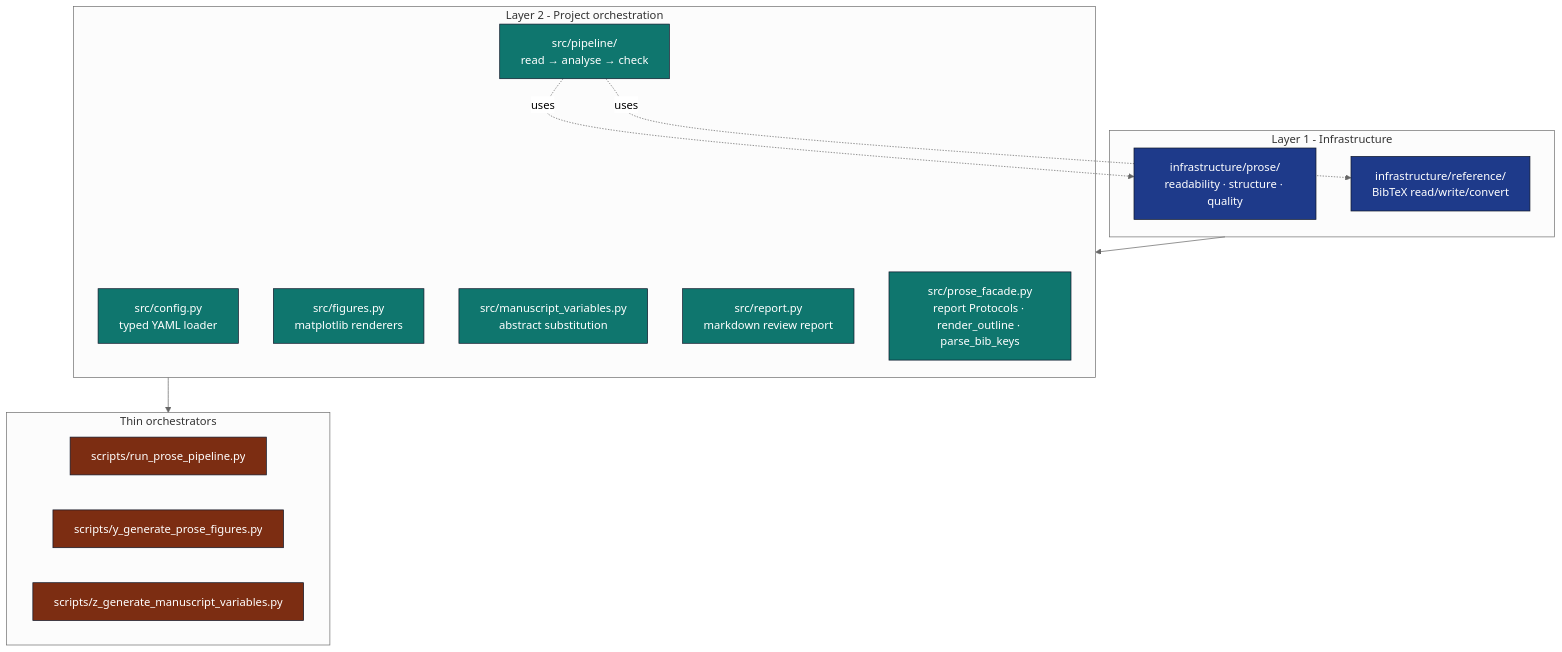
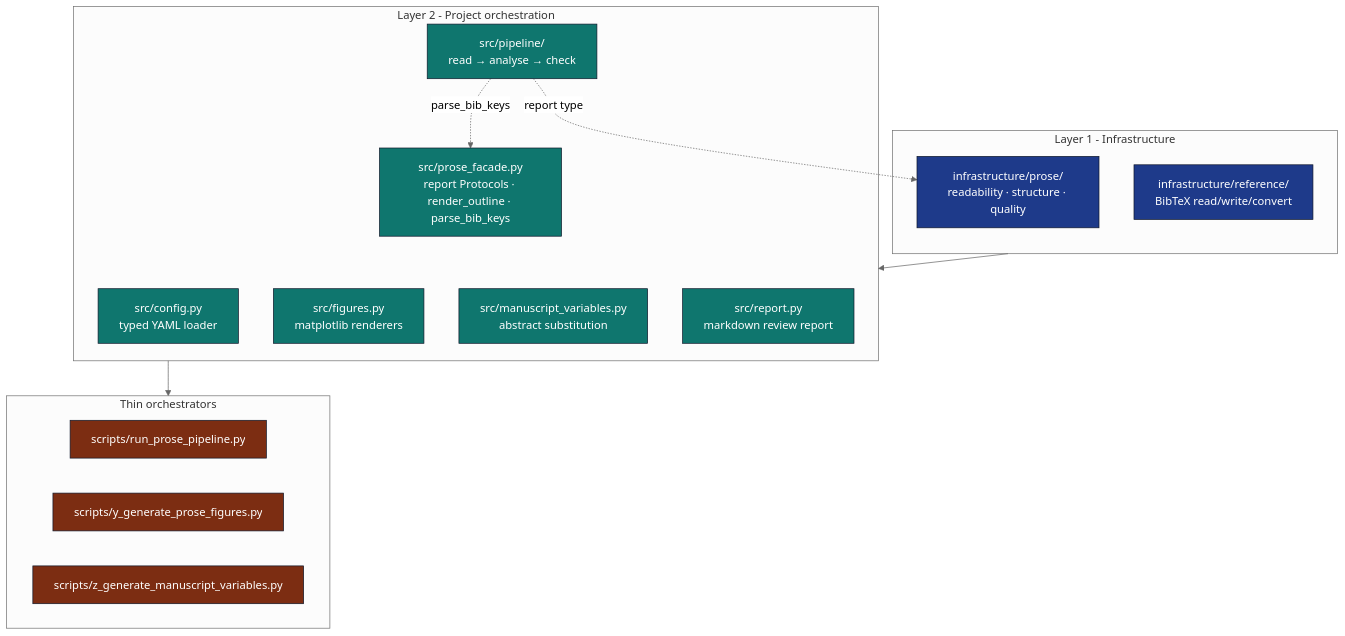
One commit to docxology/template changed the first of 2 diagrams in projects/templates/template_prose_project/docs/architecture.md. Above: the diagram before and after it, drawn with Mermaid (neutral theme). The commit also changed other lines of this file and 20 other files, not shown here.

Commit message:
template_prose_project: accuracy pass aligning docs with src layer boundaries and bib cross-check

````diff
--- a/projects/templates/template_prose_project/docs/architecture.md
+++ b/projects/templates/template_prose_project/docs/architecture.md
@@ -5,35 +5,35 @@
 ```mermaid
 flowchart TB
     subgraph L1 [Layer 1 - Infrastructure]
         PROSE["infrastructure/prose/<br/>readability · structure · quality"]
         REF["infrastructure/reference/<br/>BibTeX read/write/convert"]
     end
 
     subgraph L2 [Layer 2 - Project orchestration]
         CFG["src/config.py<br/>typed YAML loader"]
         PIPE["src/pipeline/<br/>read → analyse → check"]
         FIG["src/figures.py<br/>matplotlib renderers"]
         MV["src/manuscript_variables.py<br/>abstract substitution"]
         REP["src/report.py<br/>markdown review report"]
         PF["src/prose_facade.py<br/>report Protocols · render_outline · parse_bib_keys"]
     end
 
     subgraph SCR [Thin orchestrators]
         S1[scripts/run_prose_pipeline.py]
         S2[scripts/y_generate_prose_figures.py]
         S3[scripts/z_generate_manuscript_variables.py]
     end
 
     L1 --> L2
     L2 --> SCR
 
-    PIPE -.uses.-> PROSE
-    PIPE -.uses.-> REF
+    PIPE -.report type.-> PROSE
+    PIPE -.parse_bib_keys.-> PF
 
     classDef l1 fill:#1e3a8a,stroke:#0f172a,color:#fff
     classDef l2 fill:#0f766e,stroke:#0f172a,color:#fff
     classDef sc fill:#7c2d12,stroke:#0f172a,color:#fff
     class PROSE,REF l1
     class CFG,PIPE,FIG,MV,REP,PF l2
     class S1,S2,S3 sc
 ```
````
